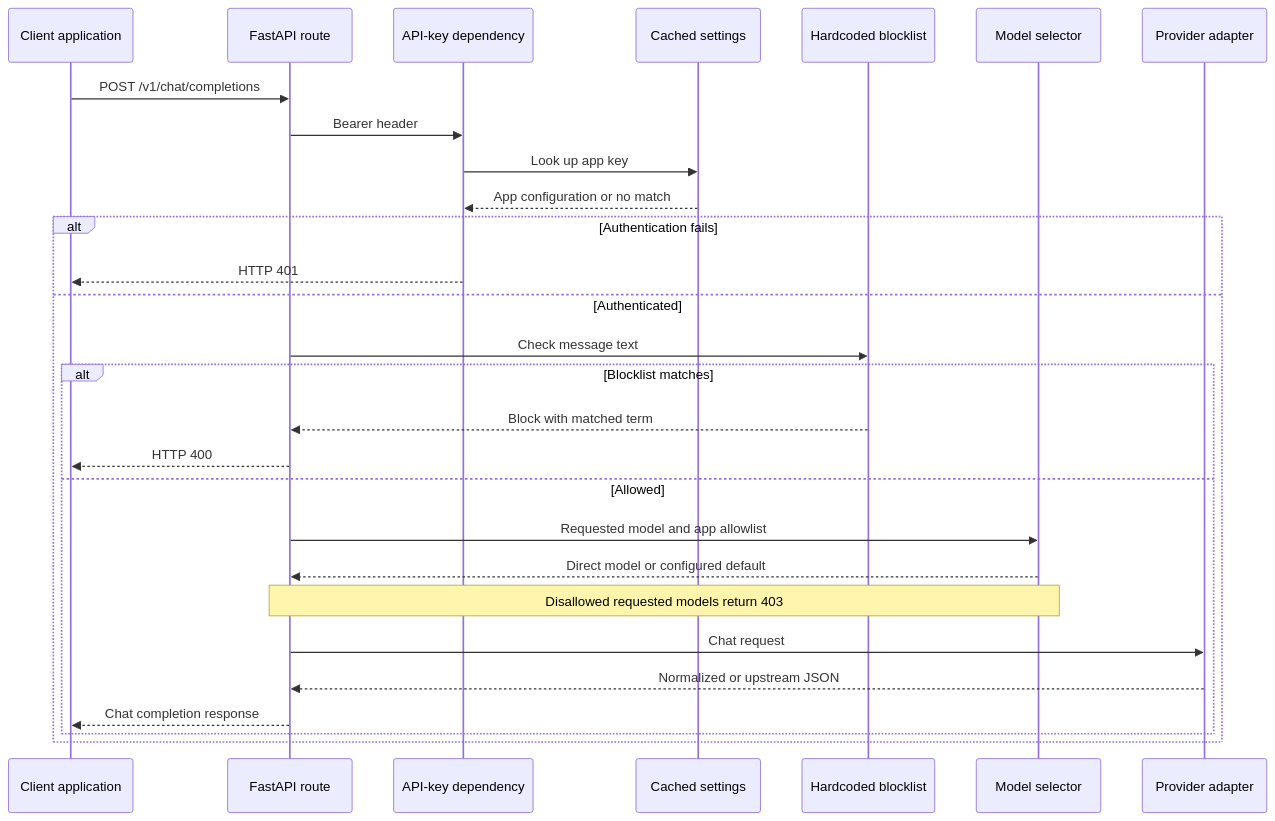
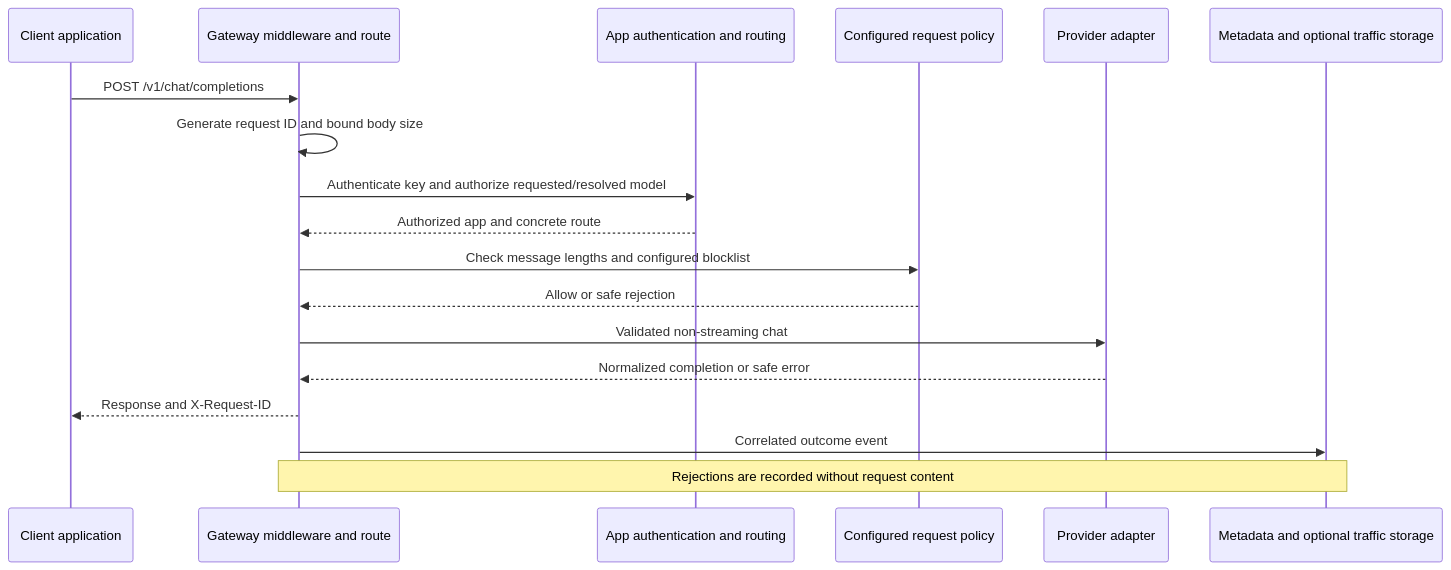
One commit to m87techlabs/m87-ai-gateway changed the diagram in docs/architecture.md. Above: the diagram before and after it, drawn with Mermaid. The commit also changed other lines of this file and 52 other files, not shown here.

Commit message:
feat: complete core routing and traffic observability

````diff
--- a/docs/architecture.md
+++ b/docs/architecture.md
@@ -8,30 +5,20 @@
 ```mermaid
 sequenceDiagram
     participant App as Client application
-    participant API as FastAPI route
-    participant Auth as API-key dependency
-    participant Config as Cached settings
-    participant Guard as Hardcoded blocklist
-    participant Route as Model selector
+    participant API as Gateway middleware and route
+    participant Auth as App authentication and routing
+    participant Policy as Configured request policy
     participant Provider as Provider adapter
+    participant Logs as Metadata and optional traffic storage
     App->>API: POST /v1/chat/completions
-    API->>Auth: Bearer header
-    Auth->>Config: Look up app key
-    Config-->>Auth: App configuration or no match
-    alt Authentication fails
-        Auth-->>App: HTTP 401
-    else Authenticated
-        API->>Guard: Check message text
-        alt Blocklist matches
-            Guard-->>API: Block with matched term
-            API-->>App: HTTP 400
-        else Allowed
-            API->>Route: Requested model and app allowlist
-            Route-->>API: Direct model or configured default
-            Note over API,Route: Disallowed requested models return 403
-            API->>Provider: Chat request
-            Provider-->>API: Normalized or upstream JSON
-            API-->>App: Chat completion response
-        end
-    end
+    API->>API: Generate request ID and bound body size
+    API->>Auth: Authenticate key and authorize requested/resolved model
+    Auth-->>API: Authorized app and concrete route
+    API->>Policy: Check message lengths and configured blocklist
+    Policy-->>API: Allow or safe rejection
+    API->>Provider: Validated non-streaming chat
+    Provider-->>API: Normalized completion or safe error
+    API-->>App: Response and X-Request-ID
+    API->>Logs: Correlated outcome event
+    Note over API,Logs: Rejections are recorded without request content
 ```
````
